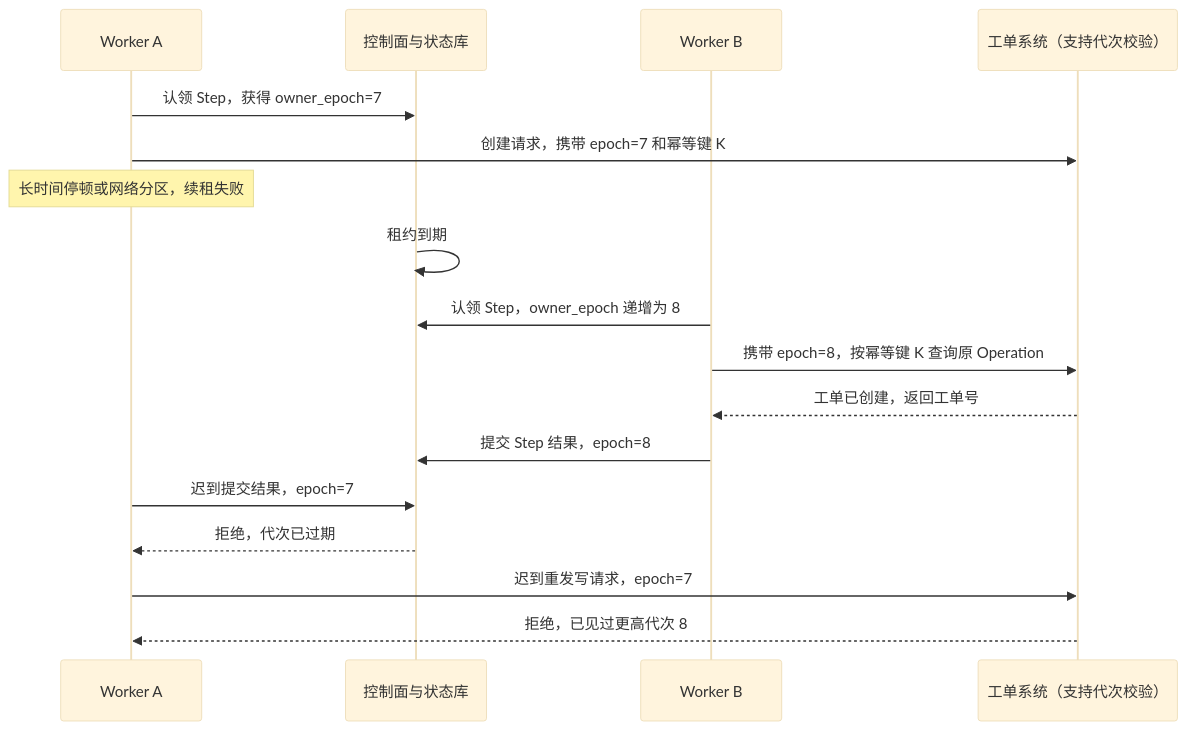
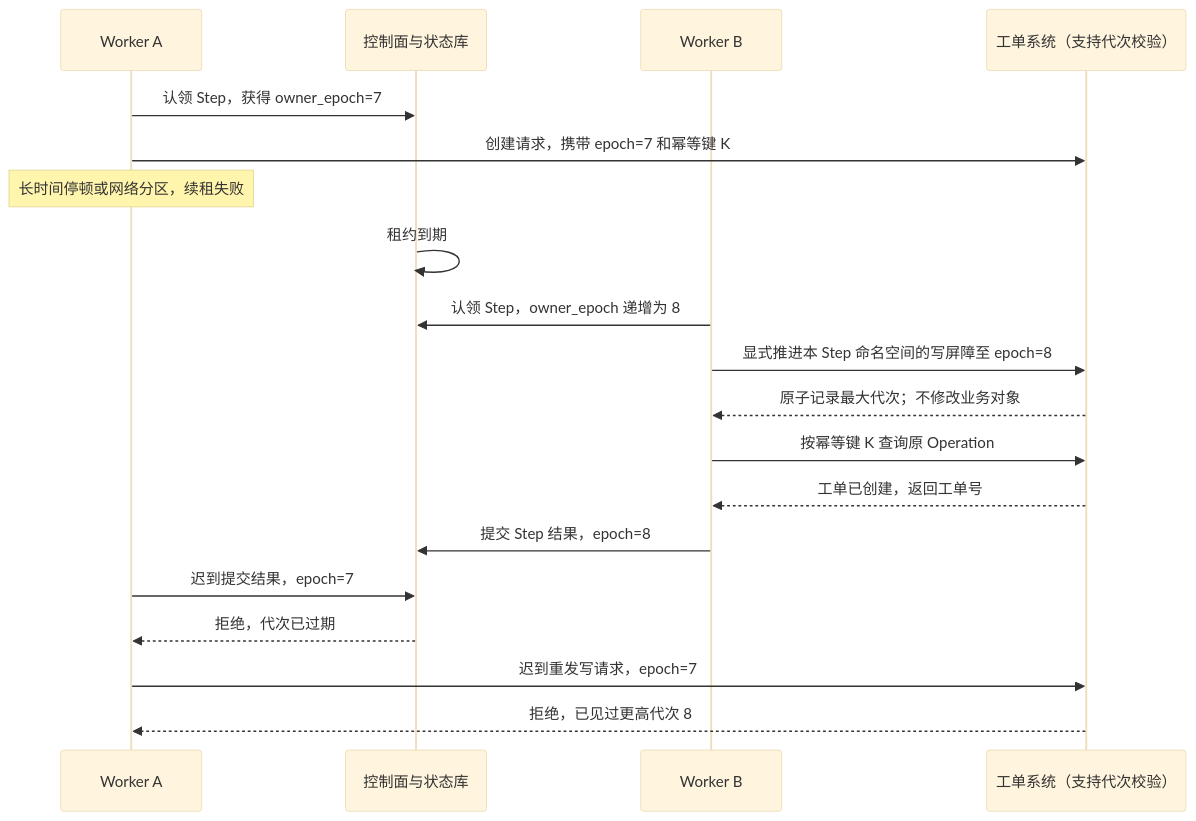
The eighth of 10 diagrams in books/ai-book/src/part3/03-agent-runtime.md (wxquare/wxquare.github.io), drawn with Mermaid (base theme) before and after one commit. The commit also changed other lines of this file and 22 other files, not shown here.

````diff
--- a/books/ai-book/src/part3/03-agent-runtime.md
+++ b/books/ai-book/src/part3/03-agent-runtime.md
@@ -1300,19 +783,21 @@
 ```mermaid
 sequenceDiagram
     participant A as Worker A
     participant C as 控制面与状态库
     participant B as Worker B
     participant T as 工单系统（支持代次校验）
     A->>C: 认领 Step，获得 owner_epoch=7
     A->>T: 创建请求，携带 epoch=7 和幂等键 K
     Note over A: 长时间停顿或网络分区，续租失败
     C->>C: 租约到期
     B->>C: 认领 Step，owner_epoch 递增为 8
-    B->>T: 携带 epoch=8，按幂等键 K 查询原 Operation
+    B->>T: 显式推进本 Step 命名空间的写屏障至 epoch=8
+    T-->>B: 原子记录最大代次；不修改业务对象
+    B->>T: 按幂等键 K 查询原 Operation
     T-->>B: 工单已创建，返回工单号
     B->>C: 提交 Step 结果，epoch=8
     A->>C: 迟到提交结果，epoch=7
     C-->>A: 拒绝，代次已过期
     A->>T: 迟到重发写请求，epoch=7
     T-->>A: 拒绝，已见过更高代次 8
 ```
````
